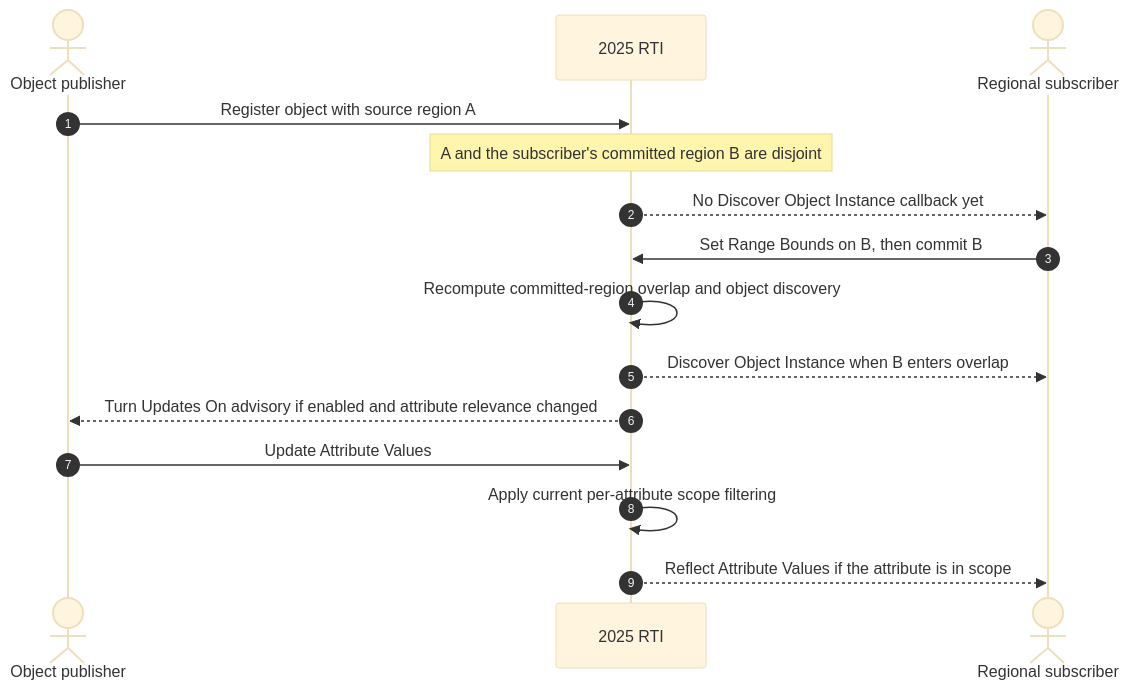
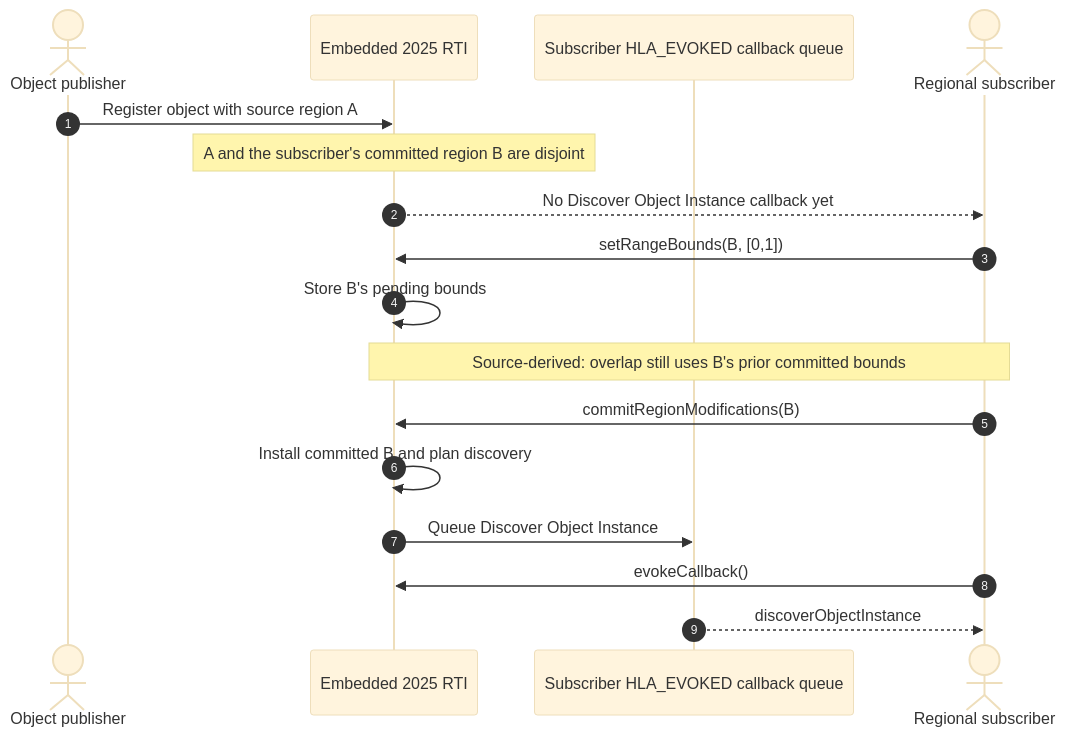
One commit to sheepfling/umbra changed diagram 14 of 23 in docs/design/HLA-2025-DATA-DISTRIBUTION-AND-REGIONS-FLOW-GUIDE.md. Above: the diagram before and after it, drawn with Mermaid (base theme). The commit also changed other lines of this file and 668 other files, not shown here.

Commit message:
feat: integrate pending IEEE 1516.1-2025 RTI lanes

````diff
--- a/docs/design/HLA-2025-DATA-DISTRIBUTION-AND-REGIONS-FLOW-GUIDE.md
+++ b/docs/design/HLA-2025-DATA-DISTRIBUTION-AND-REGIONS-FLOW-GUIDE.md
@@ -1054,18 +1244,20 @@
 ```mermaid
 sequenceDiagram
   autonumber
   actor P as Object publisher
-  participant RTI as 2025 RTI
+  participant RTI as Embedded 2025 RTI
+  participant Q as Subscriber HLA_EVOKED callback queue
   actor S as Regional subscriber
 
   P->>RTI: Register object with source region A
   Note over RTI: A and the subscriber's committed region B are disjoint
   RTI-->>S: No Discover Object Instance callback yet
-  S->>RTI: Set Range Bounds on B, then commit B
-  RTI->>RTI: Recompute committed-region overlap and object discovery
-  RTI-->>S: Discover Object Instance when B enters overlap
-  RTI-->>P: Turn Updates On advisory if enabled and attribute relevance changed
-  P->>RTI: Update Attribute Values
-  RTI->>RTI: Apply current per-attribute scope filtering
-  RTI-->>S: Reflect Attribute Values if the attribute is in scope
+  S->>RTI: setRangeBounds(B, [0,1])
+  RTI->>RTI: Store B's pending bounds
+  Note over RTI,S: Source-derived: overlap still uses B's prior committed bounds
+  S->>RTI: commitRegionModifications(B)
+  RTI->>RTI: Install committed B and plan discovery
+  RTI->>Q: Queue Discover Object Instance
+  S->>RTI: evokeCallback()
+  Q-->>S: discoverObjectInstance
 ```
````
